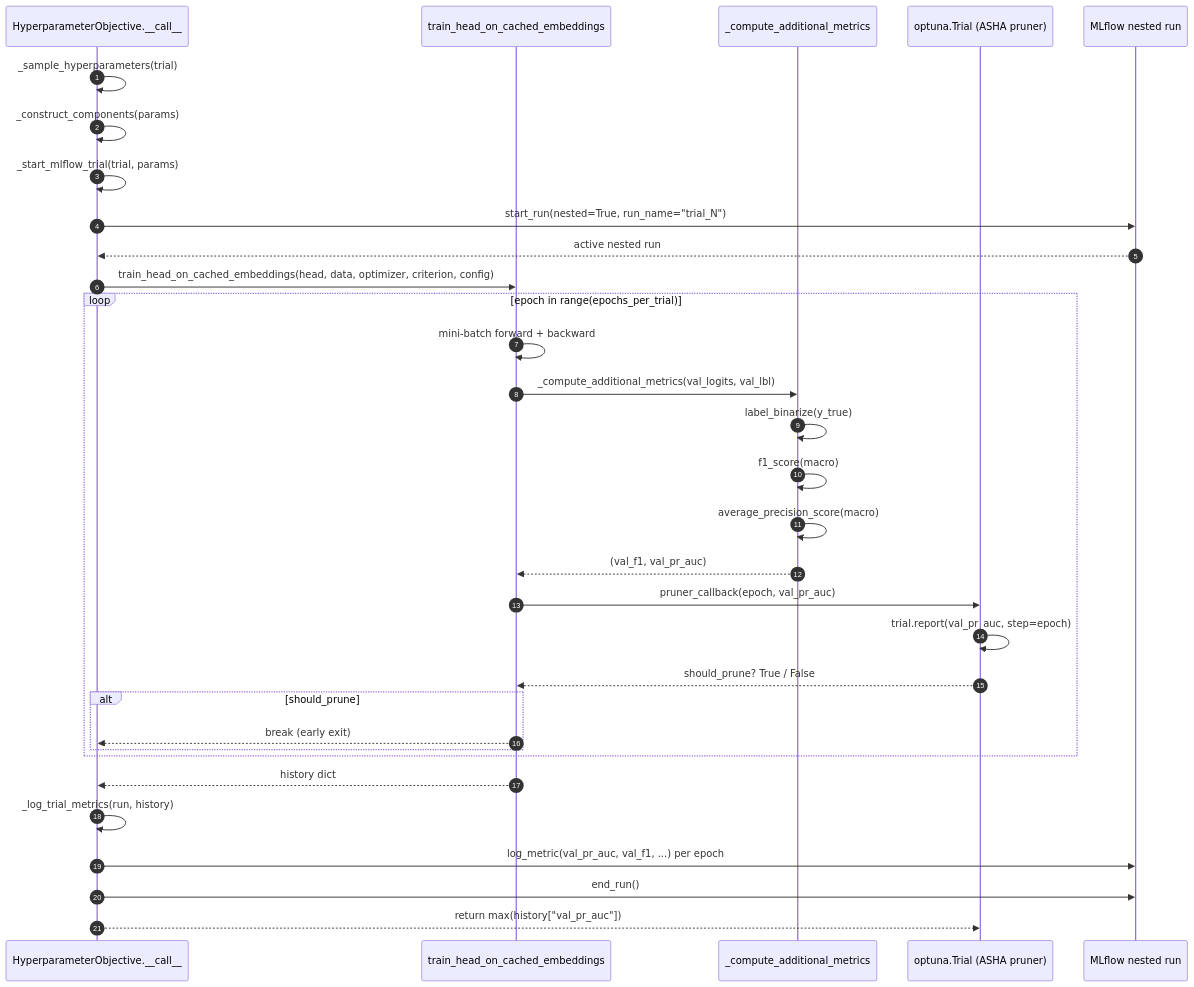
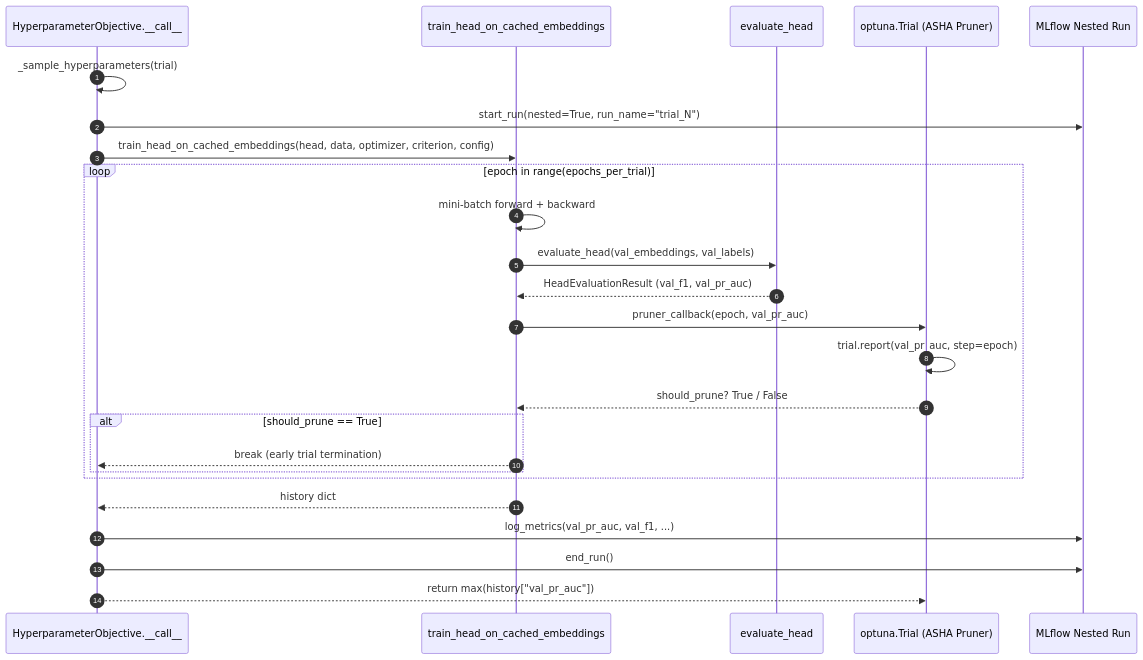
Before and after one commit to foersben/taxon-vision-mlops: the second of 2 diagrams in docs/model_engineering/training_pipeline.md, drawn with Mermaid. The commit also changed other lines of this file and 26 other files, not shown here.

````diff
--- a/docs/model_engineering/training_pipeline.md
+++ b/docs/model_engineering/training_pipeline.md
@@ -162,38 +152,30 @@
 ```mermaid
 sequenceDiagram
     autonumber
     participant Objective as HyperparameterObjective.__call__
     participant Emb as train_head_on_cached_embeddings
-    participant Metrics as _compute_additional_metrics
-    participant Optuna as optuna.Trial (ASHA pruner)
-    participant MLflow as MLflow nested run
+    participant Metrics as evaluate_head
+    participant Optuna as optuna.Trial (ASHA Pruner)
+    participant MLflow as MLflow Nested Run
 
     Objective->>Objective: _sample_hyperparameters(trial)
-    Objective->>Objective: _construct_components(params)
-    Objective->>Objective: _start_mlflow_trial(trial, params)
     Objective->>MLflow: start_run(nested=True, run_name="trial_N")
-    MLflow-->>Objective: active nested run
-
     Objective->>Emb: train_head_on_cached_embeddings(head, data, optimizer, criterion, config)
 
     loop epoch in range(epochs_per_trial)
         Emb->>Emb: mini-batch forward + backward
-        Emb->>Metrics: _compute_additional_metrics(val_logits, val_lbl)
-        Metrics->>Metrics: label_binarize(y_true)
-        Metrics->>Metrics: f1_score(macro)
-        Metrics->>Metrics: average_precision_score(macro)
-        Metrics-->>Emb: (val_f1, val_pr_auc)
+        Emb->>Metrics: evaluate_head(val_embeddings, val_labels)
+        Metrics-->>Emb: HeadEvaluationResult (val_f1, val_pr_auc)
         Emb->>Optuna: pruner_callback(epoch, val_pr_auc)
         Optuna->>Optuna: trial.report(val_pr_auc, step=epoch)
         Optuna-->>Emb: should_prune? True / False
-        alt should_prune
-            Emb-->>Objective: break (early exit)
+        alt should_prune == True
+            Emb-->>Objective: break (early trial termination)
         end
     end
 
     Emb-->>Objective: history dict
-    Objective->>Objective: _log_trial_metrics(run, history)
-    Objective->>MLflow: log_metric(val_pr_auc, val_f1, ...) per epoch
+    Objective->>MLflow: log_metrics(val_pr_auc, val_f1, ...)
     Objective->>MLflow: end_run()
     Objective-->>Optuna: return max(history["val_pr_auc"])
 ```
````
